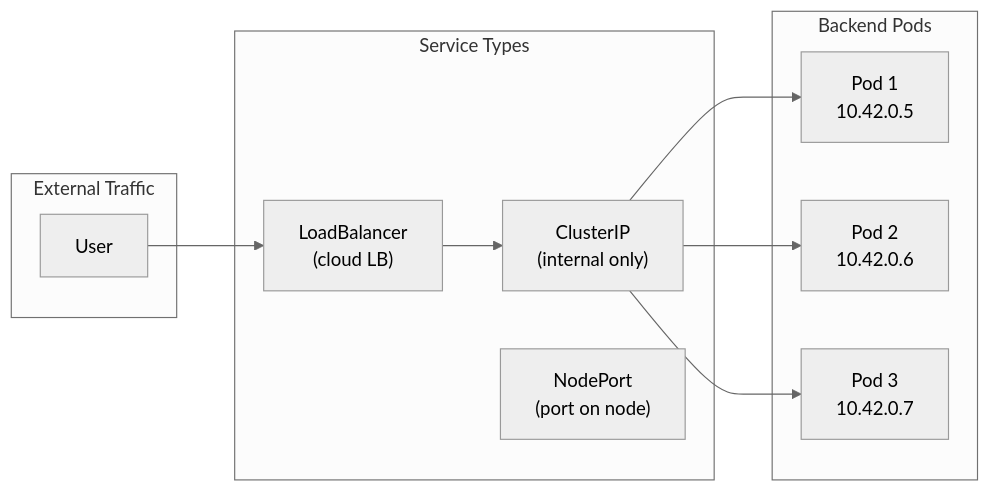
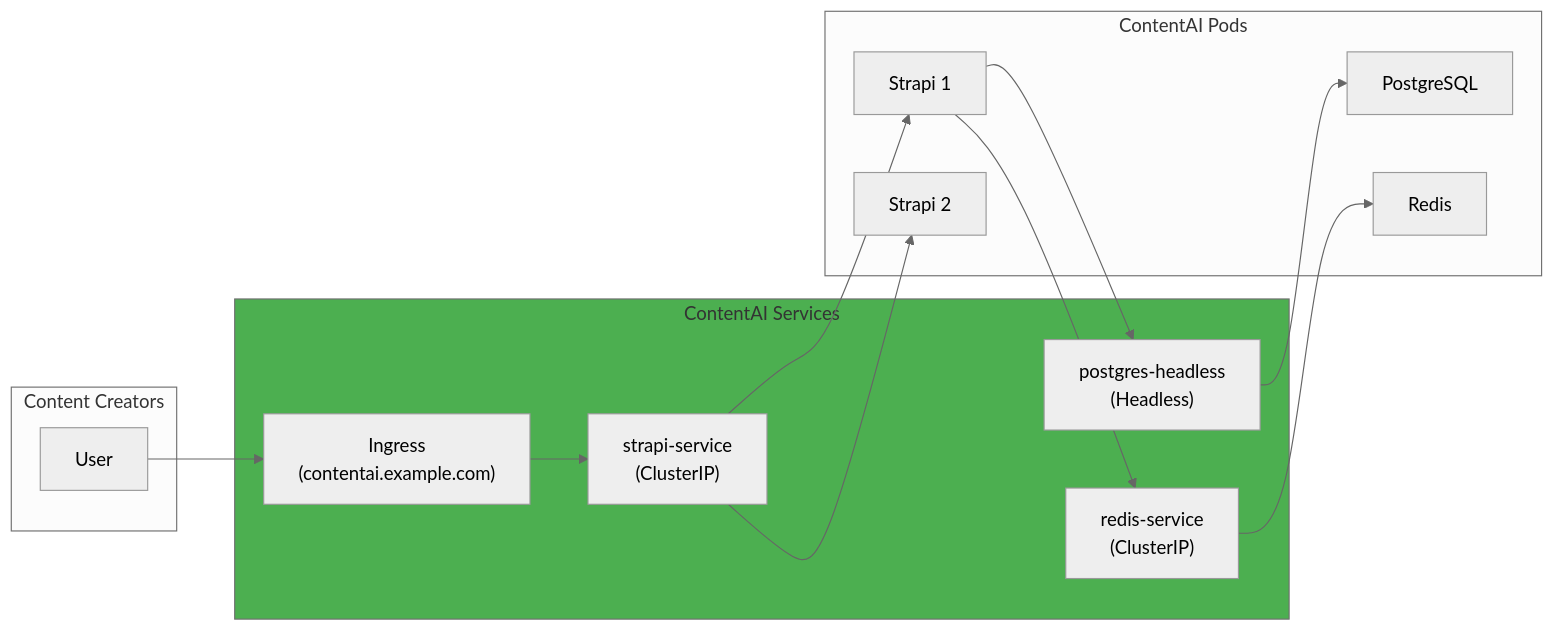
The fifth of 11 diagrams in DevOps/02-Engineering/04-Container-Orchestration.md (PearlThoughtsInternship/Internship-Obsidian-Vault), drawn with Mermaid (neutral theme) before and after one commit. The commit also changed other lines of this file and 1 other file, not shown here.

First line of the commit message:
docs: Container orchestration & GitOps with ContentAI product context

````diff
--- a/DevOps/02-Engineering/04-Container-Orchestration.md
+++ b/DevOps/02-Engineering/04-Container-Orchestration.md
@@ -226,23 +254,28 @@
 ```mermaid
 flowchart LR
-    subgraph External["External Traffic"]
+    subgraph External["Content Creators"]
         User["User"]
     end
 
-    subgraph Services["Service Types"]
-        CIP["ClusterIP\n(internal only)"]
-        NP["NodePort\n(port on node)"]
-        LBSvc["LoadBalancer\n(cloud LB)"]
+    subgraph Services["ContentAI Services"]
+        ING["Ingress\n(contentai.example.com)"]
+        STRAPI["strapi-service\n(ClusterIP)"]
+        PG["postgres-headless\n(Headless)"]
+        REDIS["redis-service\n(ClusterIP)"]
     end
 
-    subgraph Pods["Backend Pods"]
-        P1["Pod 1\n10.42.0.5"]
-        P2["Pod 2\n10.42.0.6"]
-        P3["Pod 3\n10.42.0.7"]
+    subgraph Pods["ContentAI Pods"]
+        SP1["Strapi 1"]
+        SP2["Strapi 2"]
+        PGP["PostgreSQL"]
+        RP["Redis"]
     end
 
-    User --> LBSvc --> CIP
-    CIP --> P1
-    CIP --> P2
-    CIP --> P3
+    User --> ING --> STRAPI
+    STRAPI --> SP1
+    STRAPI --> SP2
+    SP1 --> PG --> PGP
+    SP1 --> REDIS --> RP
+
+    style Services fill:#4CAF50
 ```
````
